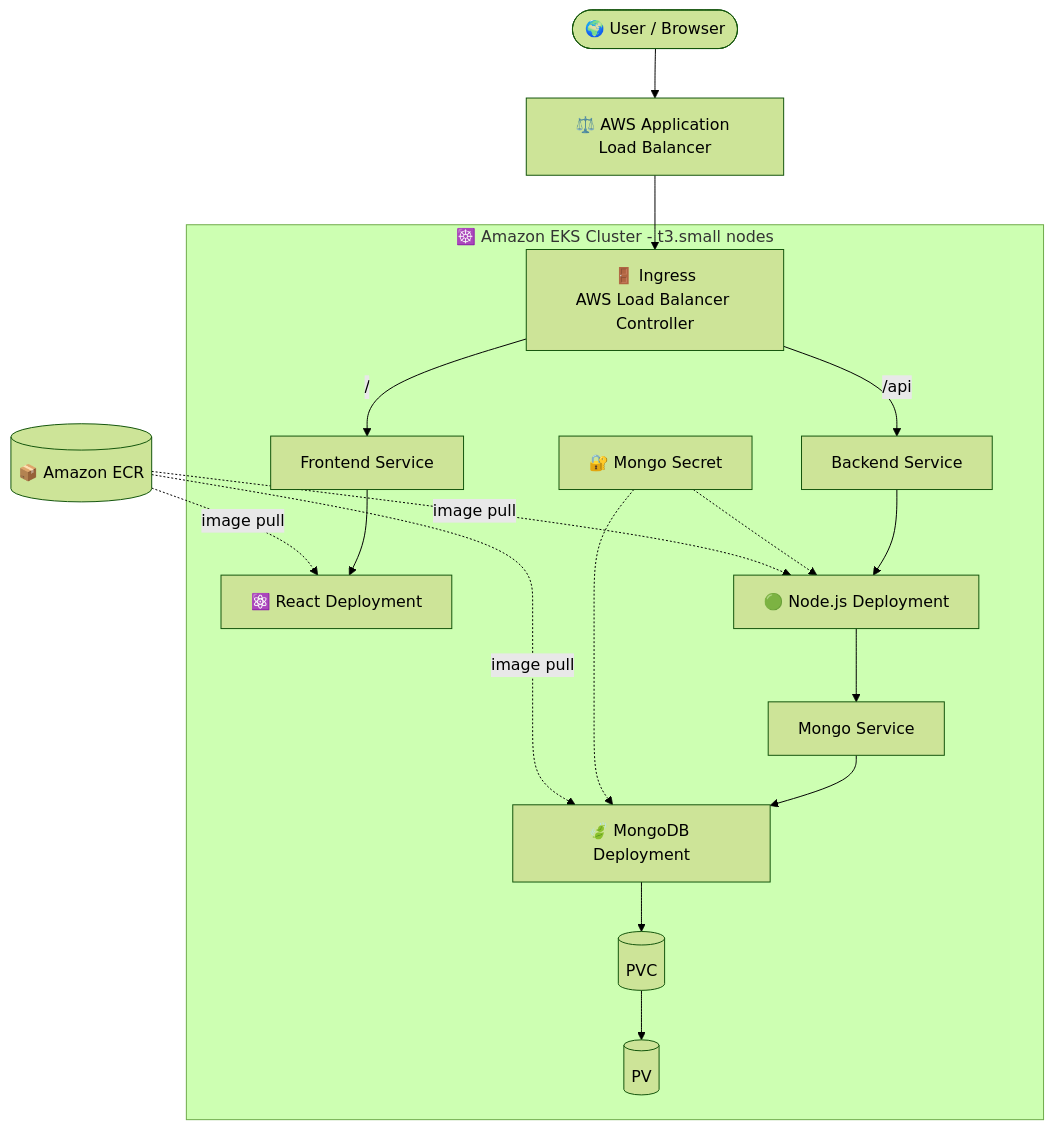
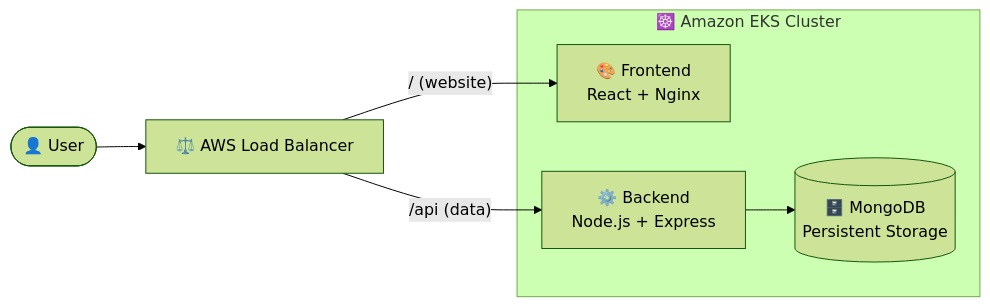
One commit to MayurSaitwal/Three-Tier-Application-Kubernetes-Deployment-on-AWS-EKS changed the first of 2 diagrams in README.md. Above: the diagram before and after it, drawn with Mermaid (forest theme). The commit also changed other lines of this file, not shown here.

Commit message:
Revise architecture diagram and add usage explanation
Updated architecture diagram and added explanation of how the application works.

````diff
--- a/README.md
+++ b/README.md
@@ -90,21 +90,14 @@
 ```mermaid
-flowchart TD
-    U([🌍 User / Browser]) --> ALB[⚖️ AWS Application Load Balancer]
-    ALB --> ING[🚪 Ingress<br/>AWS Load Balancer Controller]
+flowchart LR
+    U([👤 User]) --> ALB[⚖️ AWS Load Balancer]
 
-    subgraph EKS[☸️ Amazon EKS Cluster - t3.small nodes]
-        ING -->|/| FS[Frontend Service]
-        ING -->|/api| BS[Backend Service]
-        FS --> FD[⚛️ React Deployment]
-        BS --> BD[🟢 Node.js Deployment]
-        BD --> MS[Mongo Service]
-        MS --> MD[🍃 MongoDB Deployment]
-        MD --> PVC[(PVC)] --> PV[(PV)]
-        SEC[🔐 Mongo Secret] -.-> MD
-        SEC -.-> BD
+    subgraph EKS[☸️ Amazon EKS Cluster]
+        FE[🎨 Frontend<br/>React + Nginx]
+        BE[⚙️ Backend<br/>Node.js + Express]
+        DB[(🗄️ MongoDB<br/>Persistent Storage)]
+        BE --> DB
     end
 
-    ECR[(📦 Amazon ECR)] -.->|image pull| FD
-    ECR -.->|image pull| BD
-    ECR -.->|image pull| MD
+    ALB -->|"/ (website)"| FE
+    ALB -->|"/api (data)"| BE
 ```
````
